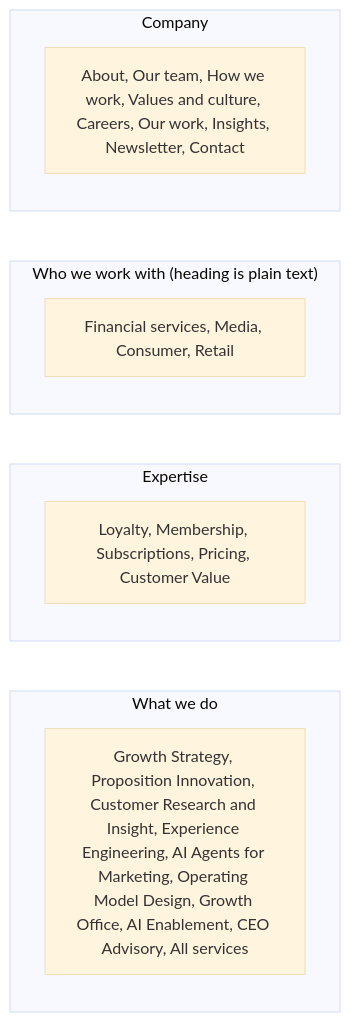
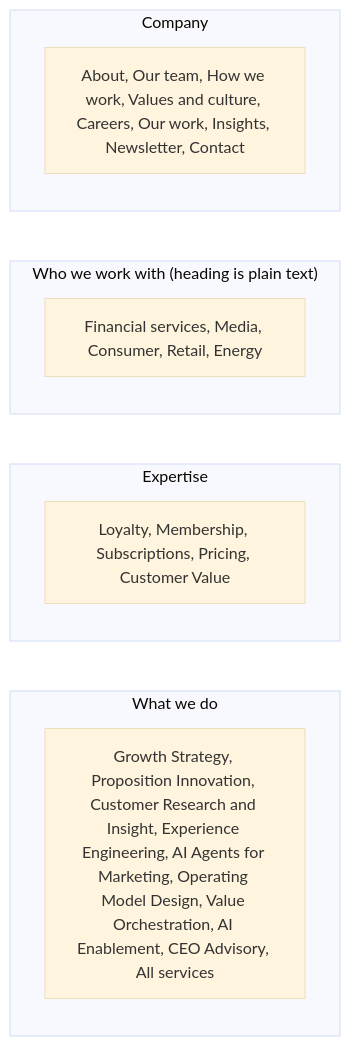
One commit to gsdd/temp-manifesto-ia changed the sixth of 6 diagrams in docs/diagrams/mega-nav.md. Above: the diagram before and after it, drawn with Mermaid (base theme). The commit also changed other lines of this file and 19 other files, not shown here.

````diff
--- a/docs/diagrams/mega-nav.md
+++ b/docs/diagrams/mega-nav.md
@@ -112,19 +112,19 @@
 ```mermaid
 flowchart LR
     subgraph F1["What we do"]
         direction TB
-        F1a["Growth Strategy, Proposition Innovation, Customer Research and Insight, Experience Engineering, AI Agents for Marketing, Operating Model Design, Growth Office, AI Enablement, CEO Advisory, All services"]
+        F1a["Growth Strategy, Proposition Innovation, Customer Research and Insight, Experience Engineering, AI Agents for Marketing, Operating Model Design, Value Orchestration, AI Enablement, CEO Advisory, All services"]
     end
     subgraph F2["Expertise"]
         direction TB
         F2a["Loyalty, Membership, Subscriptions, Pricing, Customer Value"]
     end
     subgraph F3["Who we work with (heading is plain text)"]
         direction TB
-        F3a["Financial services, Media, Consumer, Retail"]
+        F3a["Financial services, Media, Consumer, Retail, Energy"]
     end
     subgraph F4["Company"]
         direction TB
         F4a["About, Our team, How we work, Values and culture, Careers, Our work, Insights, Newsletter, Contact"]
     end
 ```
````
